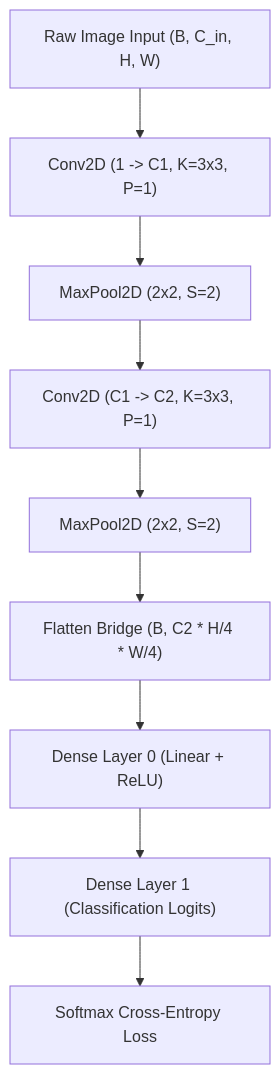
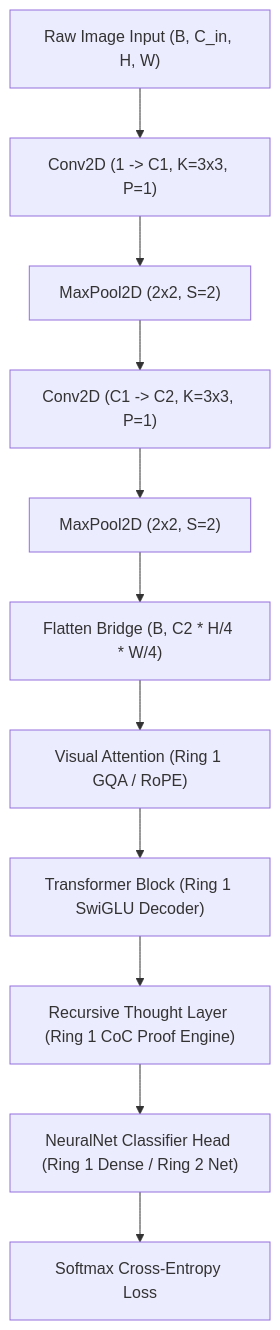
One commit to Heaplyn/NeuralNet changed the diagram in NeuralNet Obsidian/04 - Ring 3 (Computer Vision & CNN)/Modular CNN Architecture.md. Above: the diagram before and after it, drawn with Mermaid. The commit also changed other lines of this file and 57 other files, not shown here.

Commit message:
Connect Ring 3 CNN with Ring 1 (Attention, Transformer, Recursive Thought) and Ring 2 (NeuralNet)

````diff
--- a/NeuralNet Obsidian/04 - Ring 3 (Computer Vision & CNN)/Modular CNN Architecture.md
+++ b/NeuralNet Obsidian/04 - Ring 3 (Computer Vision & CNN)/Modular CNN Architecture.md
@@ -15,11 +17,13 @@
 ```mermaid
 graph TD
     IN["Raw Image Input (B, C_in, H, W)"] --> C0["Conv2D (1 -> C1, K=3x3, P=1)"]
     C0 --> P0["MaxPool2D (2x2, S=2)"]
     P0 --> C1["Conv2D (C1 -> C2, K=3x3, P=1)"]
     C1 --> P1["MaxPool2D (2x2, S=2)"]
     P1 --> FLAT["Flatten Bridge (B, C2 * H/4 * W/4)"]
-    FLAT --> D0["Dense Layer 0 (Linear + ReLU)"]
-    D0 --> D1["Dense Layer 1 (Classification Logits)"]
-    D1 --> SOFT["Softmax Cross-Entropy Loss"]
+    FLAT --> ATTN["Visual Attention (Ring 1 GQA / RoPE)"]
+    ATTN --> XFORM["Transformer Block (Ring 1 SwiGLU Decoder)"]
+    XFORM --> THOUGHT["Recursive Thought Layer (Ring 1 CoC Proof Engine)"]
+    THOUGHT --> HEAD["NeuralNet Classifier Head (Ring 1 Dense / Ring 2 Net)"]
+    HEAD --> SOFT["Softmax Cross-Entropy Loss"]
 ```
````
